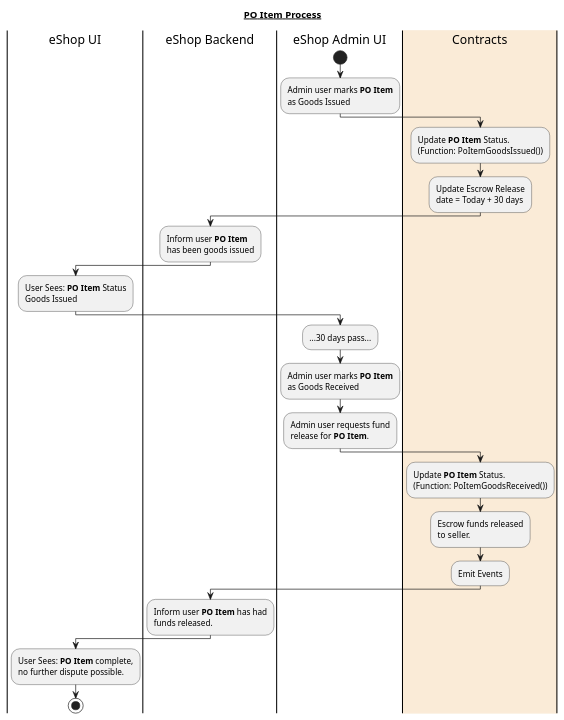
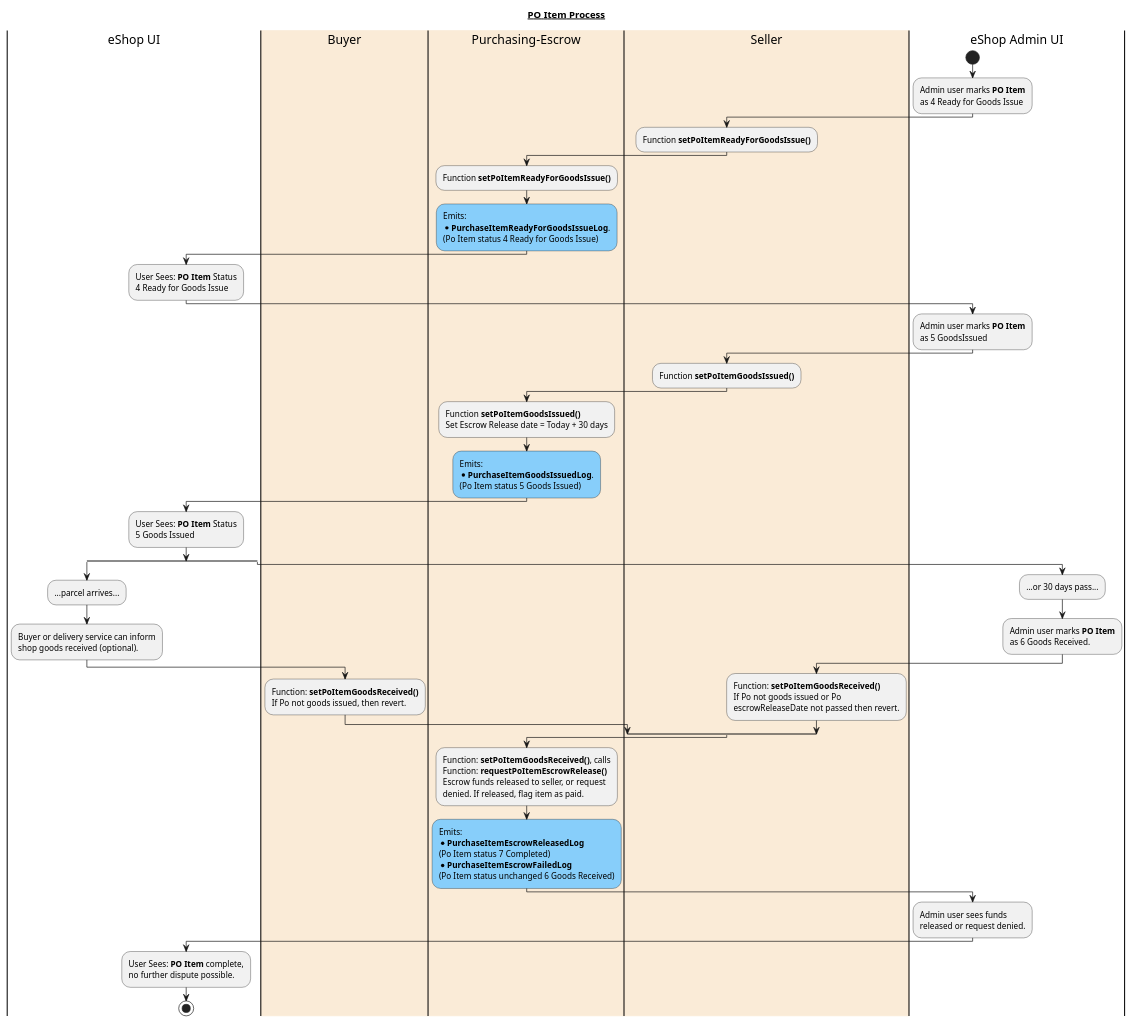
Before and after one commit to Nethereum/Nethereum.eShop: the diagram in resources/wiki/workflows/po_item_process.puml, drawn with PlantUML. The commit also changed 3 other files, not shown here.

```diff
--- a/resources/wiki/workflows/po_item_process.puml
+++ b/resources/wiki/workflows/po_item_process.puml
@@ -2,53 +2,96 @@
 @startuml
 title __PO Item Process__
 
 ' Swimlanes
 |eShop UI|
-|eShop Backend|
+|#AntiqueWhite|Buyer| 
+|#AntiqueWhite|Purchasing-Escrow| 
+|#AntiqueWhite|Seller| 
 |eShop Admin UI|
-|#AntiqueWhite|Contracts| 
 
 |eShop Admin UI|
 start
 :Admin user marks **PO Item**
-as Goods Issued;
+as 4 Ready for Goods Issue;
 
-|Contracts|
-:Update **PO Item** Status.
-(Function: PoItemGoodsIssued());
-:Update Escrow Release
-date = Today + 30 days;
+|Seller|
+:Function **setPoItemReadyForGoodsIssue()**;
 
-|eShop Backend|
-:Inform user **PO Item** 
-has been goods issued;
+|Purchasing-Escrow|
+:Function **setPoItemReadyForGoodsIssue()**;
+
+#LightSkyBlue:Emits:
+* **PurchaseItemReadyForGoodsIssueLog**.
+(Po Item status 4 Ready for Goods Issue);
 
 |eShop UI|
 :User Sees: **PO Item** Status
-Goods Issued;
+4 Ready for Goods Issue;
 
 |eShop Admin UI|
-:...30 days pass...;
 :Admin user marks **PO Item**
-as Goods Received;
-:Admin user requests fund
-release for **PO Item**.;
+as 5 GoodsIssued;
 
-|Contracts|
-:Update **PO Item** Status.
-(Function: PoItemGoodsReceived());
-:Escrow funds released
-to seller.;
-:Emit Events;
+|Seller|
+:Function **setPoItemGoodsIssued()**;
 
-|eShop Backend|
-:Inform user **PO Item** has had
-funds released.;
+|Purchasing-Escrow|
+:Function **setPoItemGoodsIssued()**
+Set Escrow Release date = Today + 30 days;
+
+#LightSkyBlue:Emits:
+* **PurchaseItemGoodsIssuedLog**.
+(Po Item status 5 Goods Issued);
+
+|eShop UI|
+:User Sees: **PO Item** Status
+5 Goods Issued;
+
+split
+  |eShop UI|
+  :...parcel arrives...;
+  :Buyer or delivery service can inform
+  shop goods received (optional).;
+
+  |Buyer|
+  :Function: **setPoItemGoodsReceived()**
+  If Po not goods issued, then revert.;
+
+split again
+  |eShop Admin UI|
+  :...or 30 days pass...;
+  
+  |eShop Admin UI|
+  :Admin user marks **PO Item**
+  as 6 Goods Received.;
+
+  |Seller|
+  :Function: **setPoItemGoodsReceived()**
+  If Po not goods issued or Po
+  escrowReleaseDate not passed then revert.;
+
+endsplit
+
+|Purchasing-Escrow|
+:Function: **setPoItemGoodsReceived()**, calls
+Function: **requestPoItemEscrowRelease()**
+Escrow funds released to seller, or request
+denied. If released, flag item as paid.;
+
+#LightSkyBlue:Emits:
+* **PurchaseItemEscrowReleasedLog**
+(Po Item status 7 Completed)
+* **PurchaseItemEscrowFailedLog**
+(Po Item status unchanged 6 Goods Received);
+
+|eShop Admin UI|
+:Admin user sees funds
+released or request denied.;
 
 |eShop UI|
 :User Sees: **PO Item** complete,
 no further dispute possible.;
 
 stop
 
 @enduml
```
